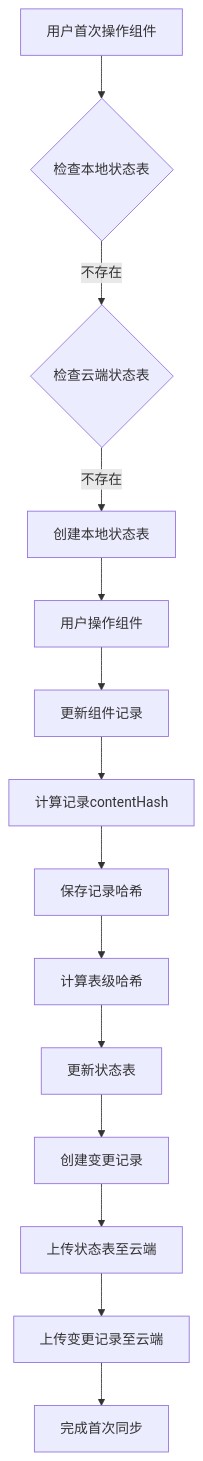
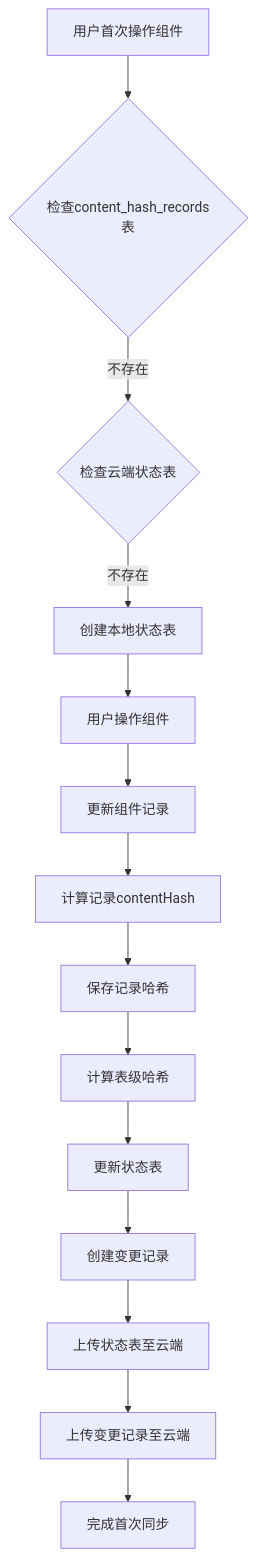
Before and after one commit to yingjianzh/iodraw-files: the diagram in all/未命名-42.md, drawn with Mermaid.

Commit message:
2025-04-24 16:02:44 update

````diff
--- a/all/未命名-42.md
+++ b/all/未命名-42.md
@@ -1,21 +1,21 @@
 ```mermaid
 flowchart TD
-    Start[用户首次操作组件] --> CheckLocalState{检查本地状态表}
+    Start[用户首次操作组件] --> CheckLocalState{检查content_hash_records表}
     CheckLocalState -- 不存在 --> CheckCloudState{检查云端状态表}
     
     CheckCloudState -- 不存在 --> CreateLocalState[创建本地状态表]
     CreateLocalState --> FirstOperation[用户操作组件]
     
     FirstOperation --> UpdateRecord[更新组件记录]
     UpdateRecord --> CalculateHash[计算记录contentHash]
     CalculateHash --> SaveRecordHash[保存记录哈希]
     
     SaveRecordHash --> CalculateTableHash[计算表级哈希]
     CalculateTableHash --> UpdateStateTable[更新状态表]
     
     UpdateStateTable --> CreateChange[创建变更记录]
     CreateChange --> UploadState[上传状态表至云端]
     UploadState --> UploadChanges[上传变更记录至云端]
     
     UploadChanges --> CompleteFirstSync[完成首次同步]
 ```
````
